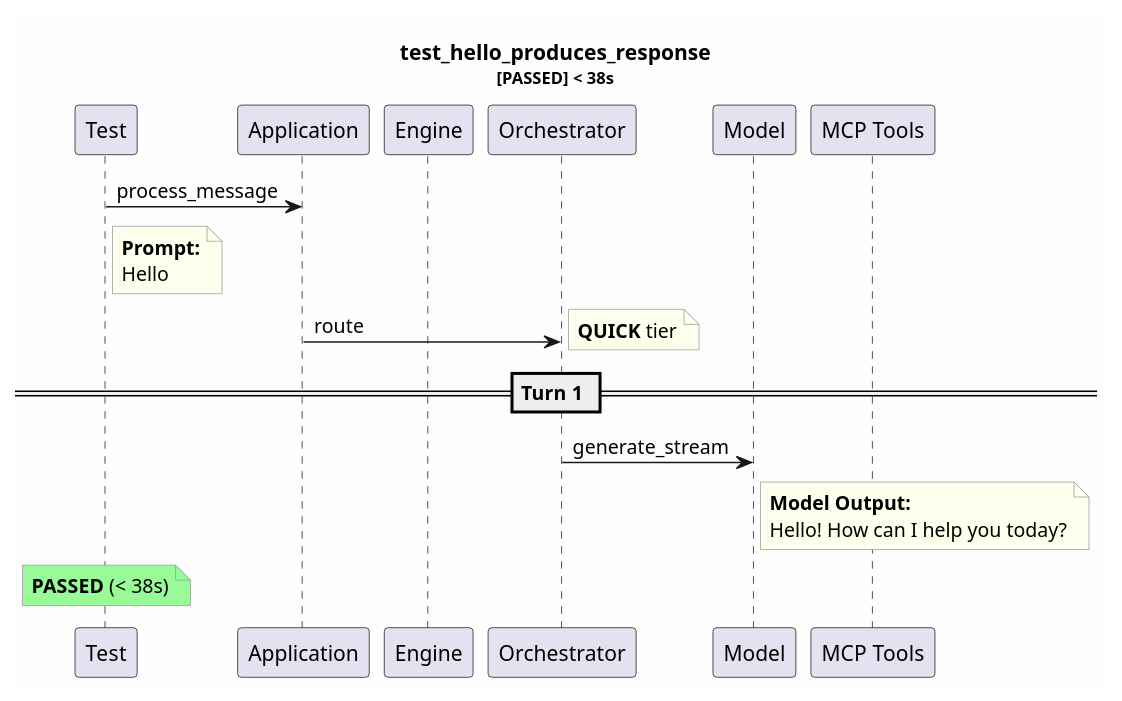
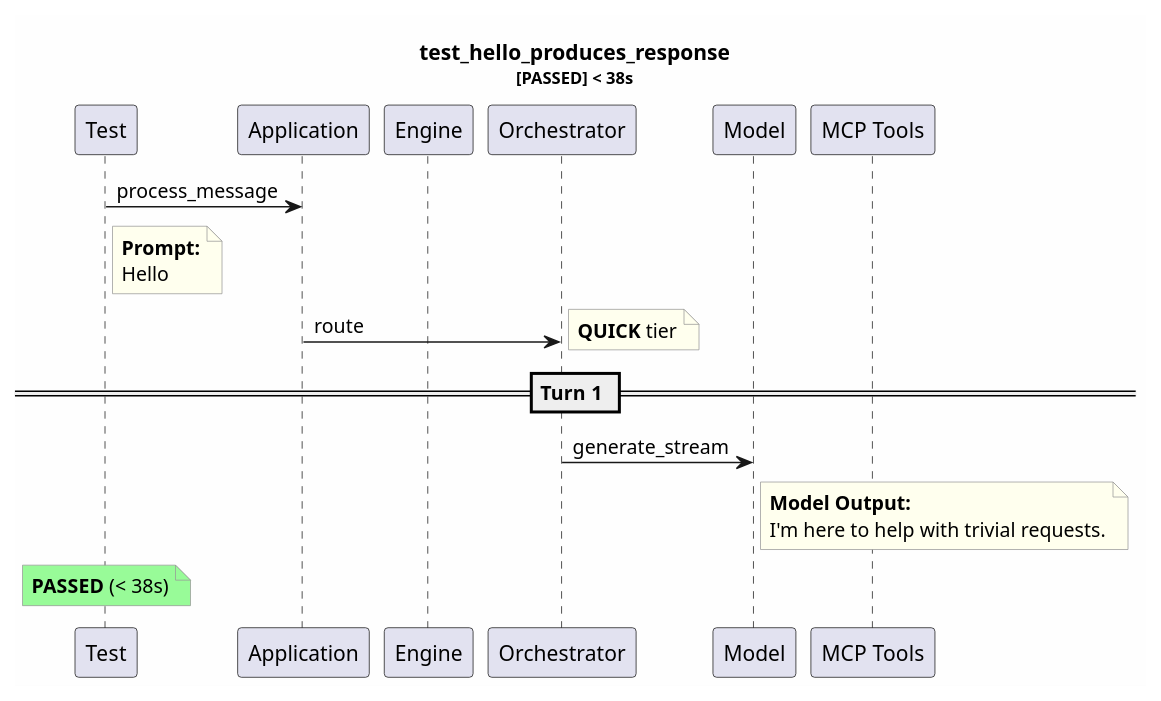
Before and after one commit to tvanfossen/entropic: the diagram in test-reports/logs/test_hello_produces_response/test_hello_produces_response.puml, drawn with PlantUML. The commit also changed 9 other files, not shown here.

First line of the commit message:
fix: auto-stage puml sequence diagrams after model test runs

```diff
--- a/test-reports/logs/test_hello_produces_response/test_hello_produces_response.puml
+++ b/test-reports/logs/test_hello_produces_response/test_hello_produces_response.puml
@@ -1,31 +1,31 @@
 @startuml
 skinparam backgroundColor #FEFEFE
 skinparam noteBorderColor #999999
 skinparam noteBackgroundColor #FFFFEE
 title test_hello_produces_response\n<size:11>[PASSED] < 38s</size>
 
 participant "Test" as T
 participant "Application" as App
 participant "Engine" as Eng
 participant "Orchestrator" as Orch
 participant "Model" as Mdl
 participant "MCP Tools" as MCP
 
 T -> App: process_message
 note right of T
   **Prompt:**
   Hello
 end note
 App -> Orch: route
 note right: **QUICK** tier
 == Turn 1 ==
 Orch -> Mdl: generate_stream
 note right of Mdl
   **Model Output:**
-  Hello! How can I help you today?
+  I'm here to help with trivial requests.
 end note
 note over T #palegreen
   **PASSED** (< 38s)
 end note
 
 @enduml
```
